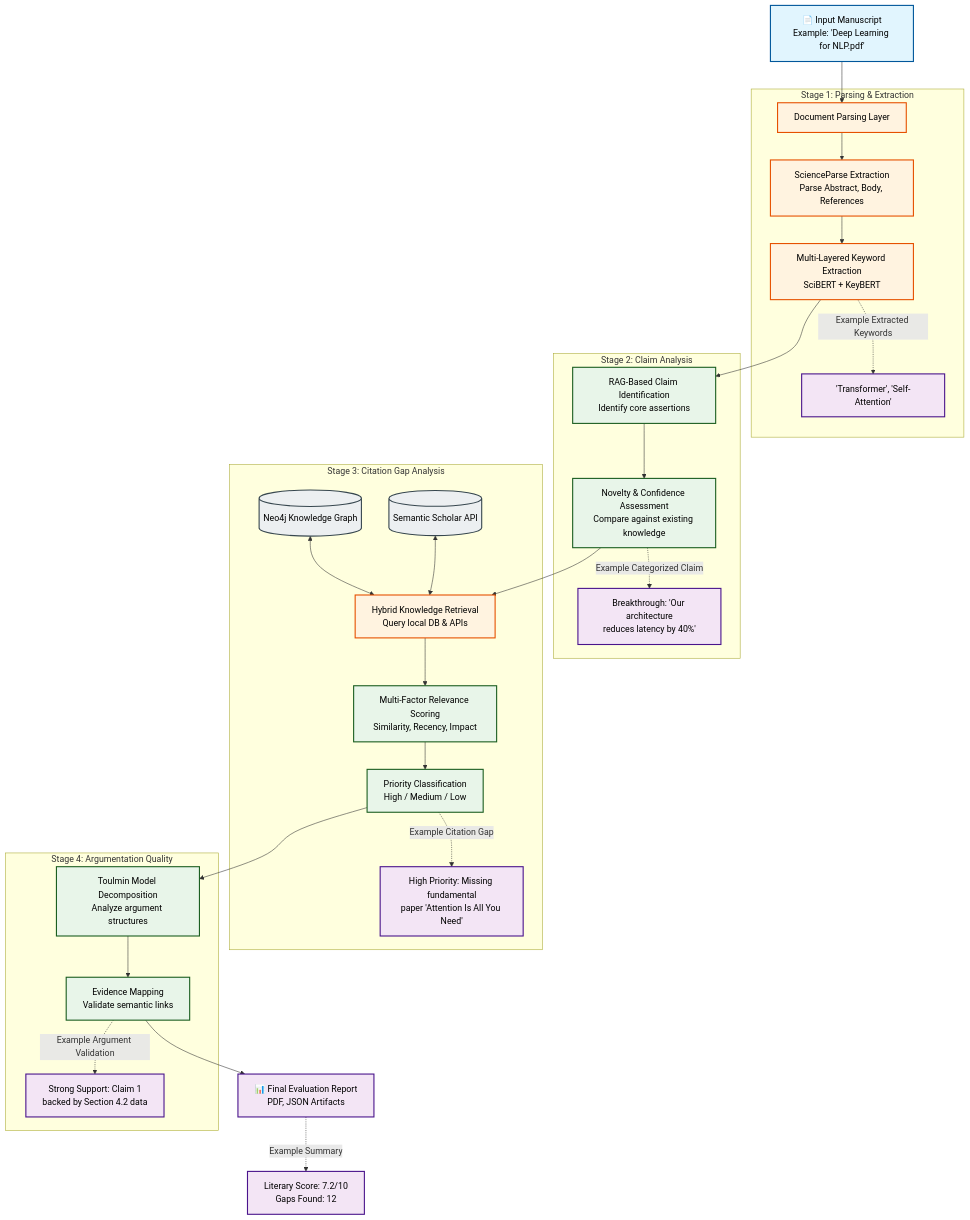
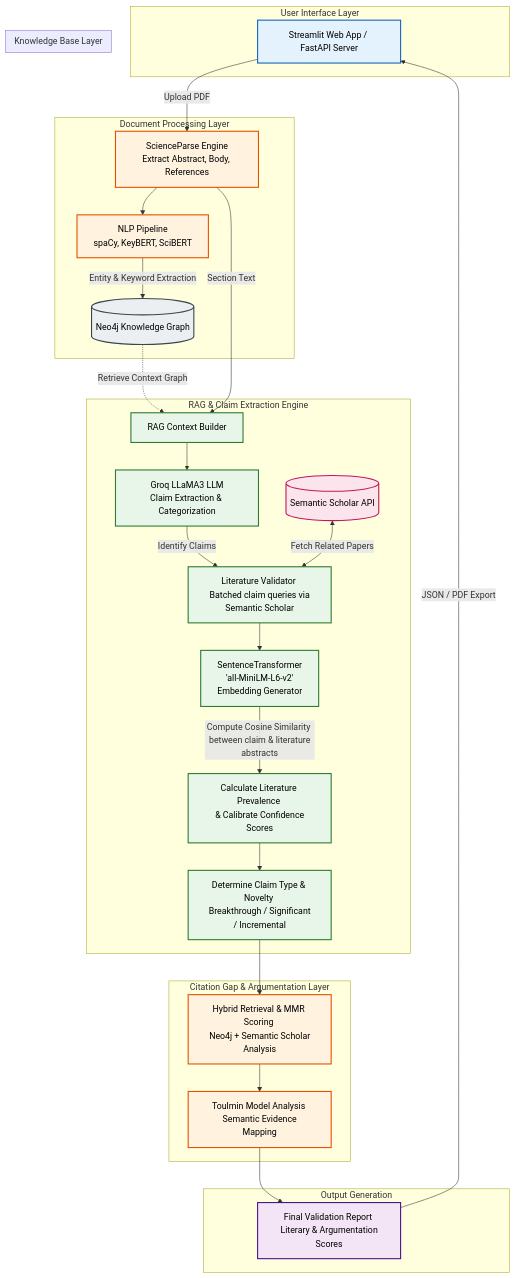
One commit to vanshpatil16/IIT-Patna changed the diagram in README.md. Above: the diagram before and after it, drawn with Mermaid.

Commit message:
docs: update system architecture diagram to include detailed RAG components and workflow

````diff
--- a/README.md
+++ b/README.md
@@ -158,41 +158,48 @@
 ```mermaid
 graph TD
     %% Formatting styles setup
-    classDef input fill:#e1f5fe,stroke:#01579b,stroke-width:2px,color:#000;
+    classDef ui fill:#e3f2fd,stroke:#1565c0,stroke-width:2px,color:#000;
     classDef process fill:#fff3e0,stroke:#e65100,stroke-width:2px,color:#000;
-    classDef analyze fill:#e8f5e9,stroke:#1b5e20,stroke-width:2px,color:#000;
+    classDef rag fill:#e8f5e9,stroke:#2e7d32,stroke-width:2px,color:#000;
+    classDef db fill:#eceff1,stroke:#37474f,stroke-width:2px,color:#000;
+    classDef api fill:#fce4ec,stroke:#c2185b,stroke-width:2px,color:#000;
     classDef output fill:#f3e5f5,stroke:#4a148c,stroke-width:2px,color:#000;
-    classDef db fill:#eceff1,stroke:#37474f,stroke-width:2px,color:#000;
 
-    A["📄 Input Manuscript<br/>Example: 'Deep Learning for NLP.pdf'"]:::input --> B[Document Parsing Layer]:::process
-
-    subgraph Stage 1: Parsing & Extraction
-        B --> C[ScienceParse Extraction<br/>Parse Abstract, Body, References]:::process
-        C --> D[Multi-Layered Keyword Extraction<br/>SciBERT + KeyBERT]:::process
-        D -.-> |Example Extracted Keywords| D_Ex["'Transformer', 'Self-Attention'"]:::output
+    subgraph User Interface Layer
+        UI["Streamlit Web App / FastAPI Server"]:::ui
     end
 
-    subgraph Stage 2: Claim Analysis
-        D --> E[RAG-Based Claim Identification<br/>Identify core assertions]:::analyze
-        E --> F[Novelty & Confidence Assessment<br/>Compare against existing knowledge]:::analyze
-        F -.-> |Example Categorized Claim| F_Ex["Breakthrough: 'Our architecture<br/>reduces latency by 40%'"]:::output
+    subgraph Document Processing Layer
+        UI -->|"Upload PDF"| Parser["ScienceParse Engine<br/>Extract Abstract, Body, References"]:::process
+        Parser --> NLP["NLP Pipeline<br/>spaCy, KeyBERT, SciBERT"]:::process
+        NLP -->|"Entity & Keyword Extraction"| DB1
     end
 
-    subgraph Stage 3: Citation Gap Analysis
-        F --> G[Hybrid Knowledge Retrieval<br/>Query local DB & APIs]:::process
-        DB1[(Neo4j Knowledge Graph)]:::db <--> G
-        DB2[(Semantic Scholar API)]:::db <--> G
-        G --> H[Multi-Factor Relevance Scoring<br/>Similarity, Recency, Impact]:::analyze
-        H --> I[Priority Classification<br/>High / Medium / Low]:::analyze
-        I -.-> |Example Citation Gap| I_Ex["High Priority: Missing fundamental<br/>paper 'Attention Is All You Need'"]:::output
+    subgraph Knowledge Base Layer
+        DB1[("Neo4j Knowledge Graph")]:::db
     end
 
-    subgraph Stage 4: Argumentation Quality
-        I --> J[Toulmin Model Decomposition<br/>Analyze argument structures]:::analyze
-        J --> K[Evidence Mapping<br/>Validate semantic links]:::analyze
-        K -.-> |Example Argument Validation| K_Ex["Strong Support: Claim 1<br/>backed by Section 4.2 data"]:::output
+    subgraph RAG & Claim Extraction Engine
+        DB1 -.->|"Retrieve Context Graph"| RAG_Ctx["RAG Context Builder"]:::rag
+        Parser -->|"Section Text"| RAG_Ctx
+        RAG_Ctx --> LLM["Groq LLaMA3 LLM<br/>Claim Extraction & Categorization"]:::rag
+        
+        LLM -->|"Identify Claims"| Val["Literature Validator <br/> Batched claim queries via Semantic Scholar"]:::rag
+        
+        API[("Semantic Scholar API")]:::api <-->|"Fetch Related Papers"| Val
+        
+        Val --> Embed["SentenceTransformer <br/>  'all-MiniLM-L6-v2' <br/> Embedding Generator"]:::rag
+        Embed -->|"Compute Cosine Similarity <br/> between claim & literature abstracts"| Score["Calculate Literature Prevalence <br/> & Calibrate Confidence Scores"]:::rag
+        Score --> Categorize["Determine Claim Type & Novelty <br/> Breakthrough / Significant / Incremental"]:::rag
     end
 
-    K --> L[📊 Final Evaluation Report<br/>PDF, JSON Artifacts]:::output
-    L -.-> |Example Summary| L_Ex["Literary Score: 7.2/10<br/>Gaps Found: 12"]:::output
+    subgraph Citation Gap & Argumentation Layer
+        Categorize --> MMR["Hybrid Retrieval & MMR Scoring <br/> Neo4j + Semantic Scholar Analysis"]:::process
+        MMR --> Toulmin["Toulmin Model Analysis <br/> Semantic Evidence Mapping"]:::process
+    end
+
+    subgraph Output Generation
+        Toulmin --> Rep["Final Validation Report <br/> Literary & Argumentation Scores"]:::output
+        Rep -->|"JSON / PDF Export"| UI
+    end
 ```
````
